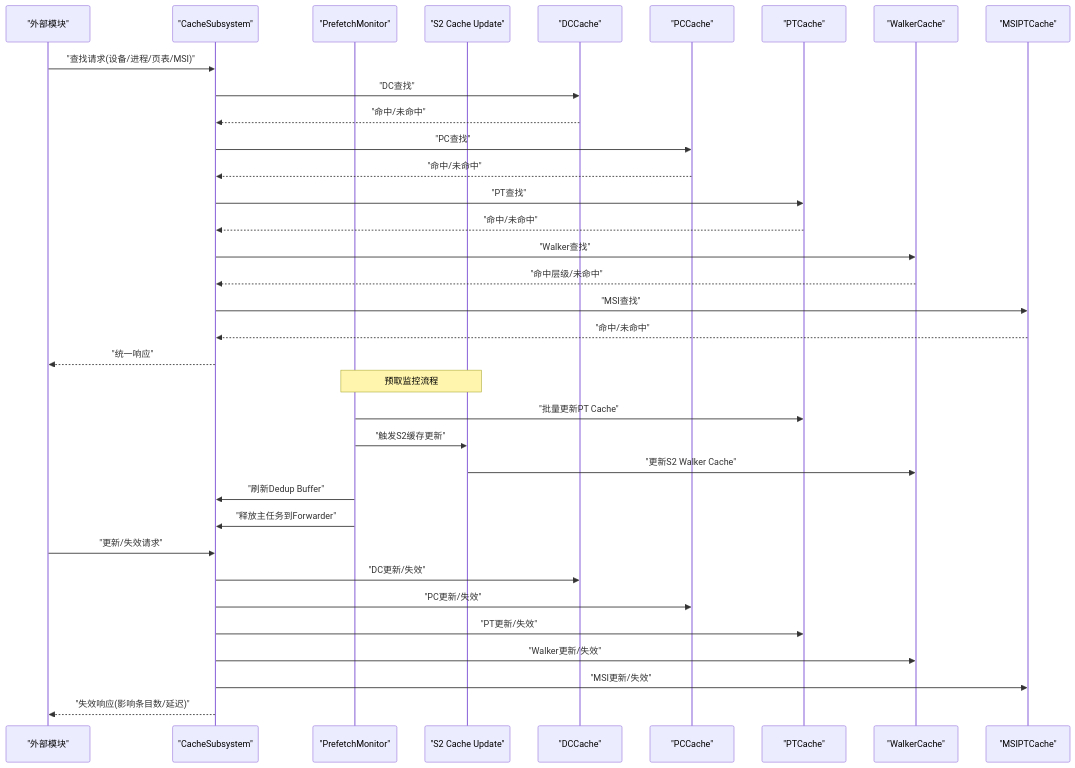
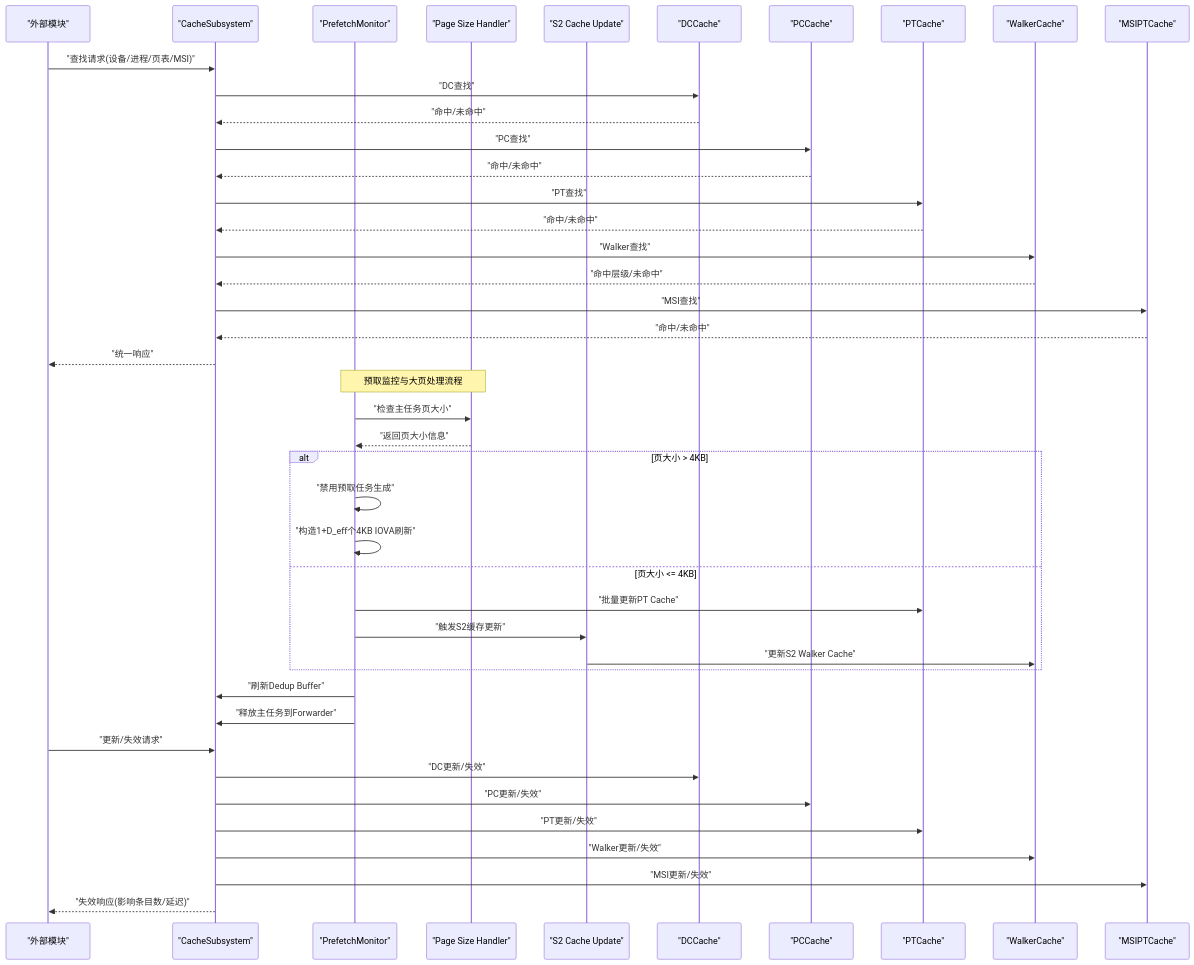
One commit to jiangjiang1122/iommu_model_20260401_v1 changed the second of 11 diagrams in .qoder/repowiki/zh/content/缓存系统/缓存系统.md. Above: the diagram before and after it, drawn with Mermaid. The commit also changed other lines of this file and 186 other files, not shown here.

````diff
--- a/.qoder/repowiki/zh/content/缓存系统/缓存系统.md
+++ b/.qoder/repowiki/zh/content/缓存系统/缓存系统.md
@@ -145,37 +147,45 @@
 ```mermaid
 sequenceDiagram
 participant Ext as "外部模块"
 participant CS as "CacheSubsystem"
 participant PM as "PrefetchMonitor"
+participant PG as "Page Size Handler"
 participant S2U as "S2 Cache Update"
 participant DC as "DCCache"
 participant PC as "PCCache"
 participant PT as "PTCache"
 participant WC as "WalkerCache"
 participant MSI as "MSIPTCache"
 Ext->>CS : "查找请求(设备/进程/页表/MSI)"
 CS->>DC : "DC查找"
 DC-->>CS : "命中/未命中"
 CS->>PC : "PC查找"
 PC-->>CS : "命中/未命中"
 CS->>PT : "PT查找"
 PT-->>CS : "命中/未命中"
 CS->>WC : "Walker查找"
 WC-->>CS : "命中层级/未命中"
 CS->>MSI : "MSI查找"
 MSI-->>CS : "命中/未命中"
 CS-->>Ext : "统一响应"
-Note over PM,S2U : 预取监控流程
+Note over PM,PG : 预取监控与大页处理流程
+PM->>PG : "检查主任务页大小"
+PG-->>PM : "返回页大小信息"
+alt 页大小 > 4KB
+PM->>PM : "禁用预取任务生成"
+PM->>PM : "构造1+D_eff个4KB IOVA刷新"
+else 页大小 <= 4KB
 PM->>PT : "批量更新PT Cache"
 PM->>S2U : "触发S2缓存更新"
 S2U->>WC : "更新S2 Walker Cache"
+end
 PM->>CS : "刷新Dedup Buffer"
 PM->>CS : "释放主任务到Forwarder"
 Ext->>CS : "更新/失效请求"
 CS->>DC : "DC更新/失效"
 CS->>PC : "PC更新/失效"
 CS->>PT : "PT更新/失效"
 CS->>WC : "Walker更新/失效"
 CS->>MSI : "MSI更新/失效"
 CS-->>Ext : "失效响应(影响条目数/延迟)"
 ```
````
